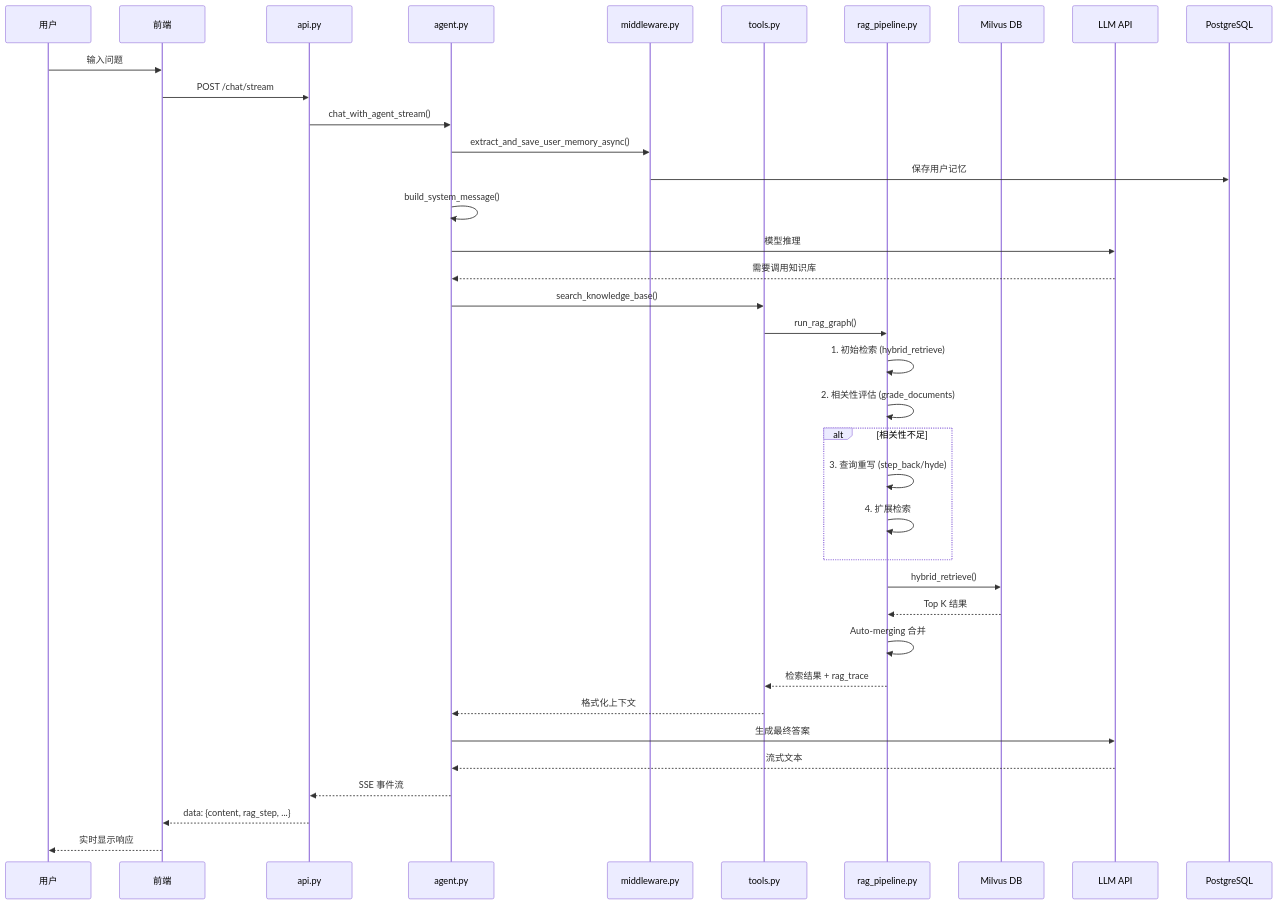
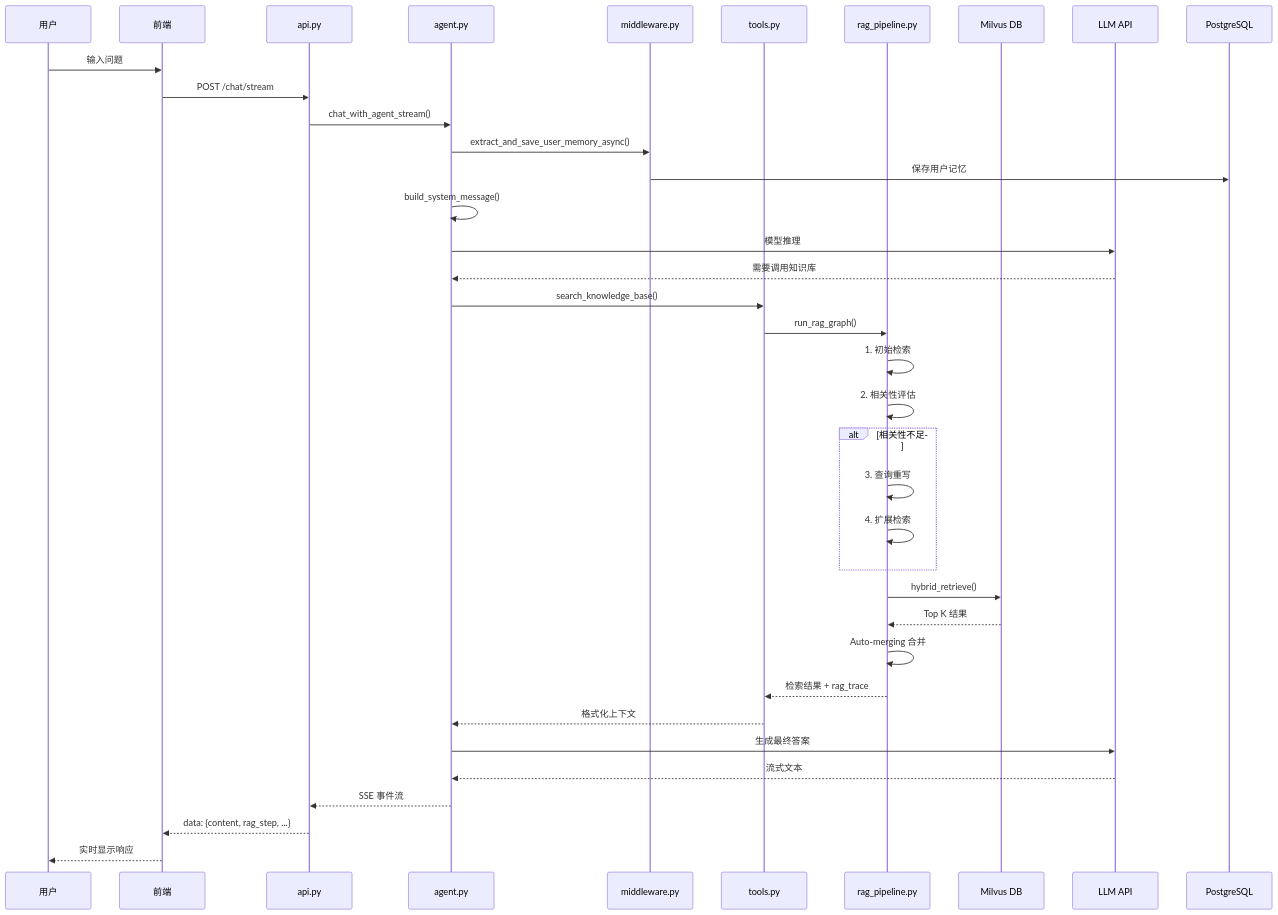
One commit to Chasen-Liao/SuperMew changed the seventh of 8 diagrams in sys-doc.md. Above: the diagram before and after it, drawn with Mermaid. The commit also changed other lines of this file and 2 other files, not shown here.

````diff
--- a/sys-doc.md
+++ b/sys-doc.md
@@ -511,40 +407,40 @@
 ```mermaid
 sequenceDiagram
     participant User as 用户
     participant FE as 前端
     participant API as api.py
     participant Agent as agent.py
     participant Middleware as middleware.py
     participant Tool as tools.py
     participant RAG as rag_pipeline.py
     participant Milvus as Milvus DB
     participant LLM as LLM API
     participant PG as PostgreSQL
 
     User->>FE: 输入问题
     FE->>API: POST /chat/stream
     API->>Agent: chat_with_agent_stream()
     Agent->>Middleware: extract_and_save_user_memory_async()
     Middleware->>PG: 保存用户记忆
     Agent->>Agent: build_system_message()
     Agent->>LLM: 模型推理
     LLM-->>Agent: 需要调用知识库
     Agent->>Tool: search_knowledge_base()
     Tool->>RAG: run_rag_graph()
-    RAG->>RAG: 1. 初始检索 (hybrid_retrieve)
-    RAG->>RAG: 2. 相关性评估 (grade_documents)
+    RAG->>RAG: 1. 初始检索
+    RAG->>RAG: 2. 相关性评估
     alt 相关性不足
-        RAG->>RAG: 3. 查询重写 (step_back/hyde)
+        RAG->>RAG: 3. 查询重写
         RAG->>RAG: 4. 扩展检索
     end
     RAG->>Milvus: hybrid_retrieve()
     Milvus-->>RAG: Top K 结果
     RAG->>RAG: Auto-merging 合并
     RAG-->>Tool: 检索结果 + rag_trace
     Tool-->>Agent: 格式化上下文
     Agent->>LLM: 生成最终答案
     LLM-->>Agent: 流式文本
     Agent-->>API: SSE 事件流
     API-->>FE: data: {content, rag_step, ...}
     FE-->>User: 实时显示响应
 ```
````
